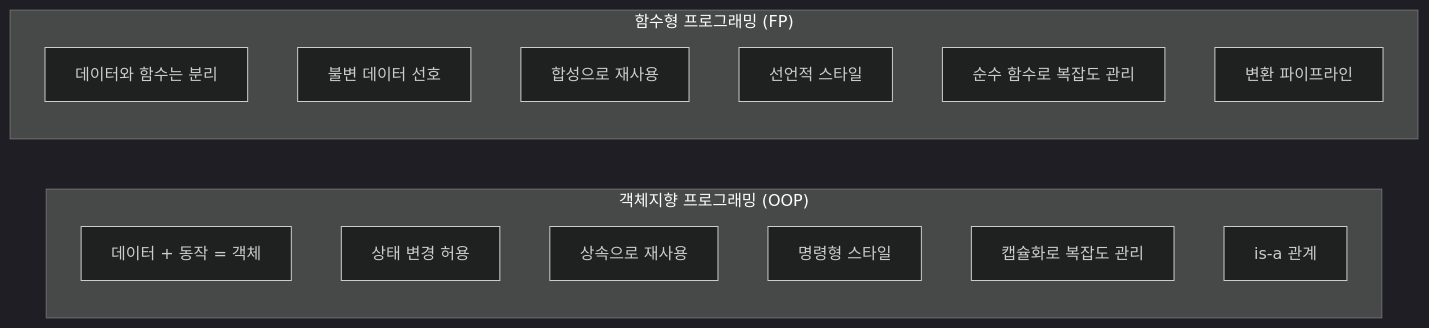
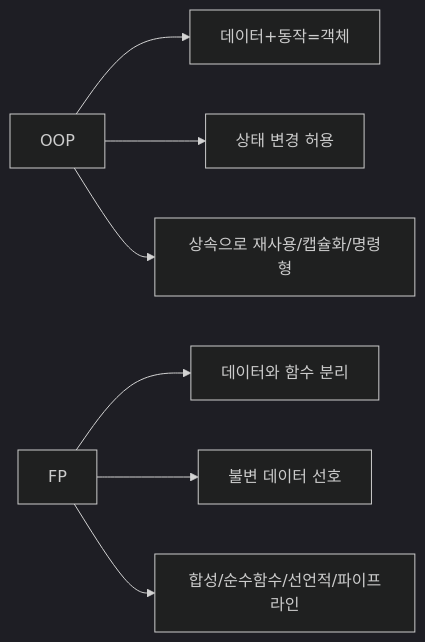
The second of 2 diagrams in _posts/java/2026-05-01-java-functional-programming.md (yjkim2015/yjkim2015.github.io), drawn with Mermaid (dark theme) before and after one commit. The commit also changed 215 other files, not shown here.

First line of the commit message:
신규 포스트 10개 추가 + Mermaid 전면 축소 + SystemDesign 시리즈 보강

````diff
--- a/_posts/java/2026-05-01-java-functional-programming.md
+++ b/_posts/java/2026-05-01-java-functional-programming.md
@@ -1046,19 +1046,9 @@
 ```mermaid
 graph LR
-    subgraph "객체지향 프로그래밍 (OOP)"
-        O1["데이터 + 동작 = 객체"]
-        O2["상태 변경 허용"]
-        O3["상속으로 재사용"]
-        O4["명령형 스타일"]
-        O5["캡슐화로 복잡도 관리"]
-        O6["is-a 관계"]
-    end
-    subgraph "함수형 프로그래밍 (FP)"
-        F1["데이터와 함수는 분리"]
-        F2["불변 데이터 선호"]
-        F3["합성으로 재사용"]
-        F4["선언적 스타일"]
-        F5["순수 함수로 복잡도 관리"]
-        F6["변환 파이프라인"]
-    end
+    OOP["OOP"] --> O1["데이터+동작=객체"]
+    OOP --> O2["상태 변경 허용"]
+    OOP --> O3["상속으로 재사용/캡슐화/명령형"]
+    FP["FP"] --> F1["데이터와 함수 분리"]
+    FP --> F2["불변 데이터 선호"]
+    FP --> F3["합성/순수함수/선언적/파이프라인"]
 ```
````
